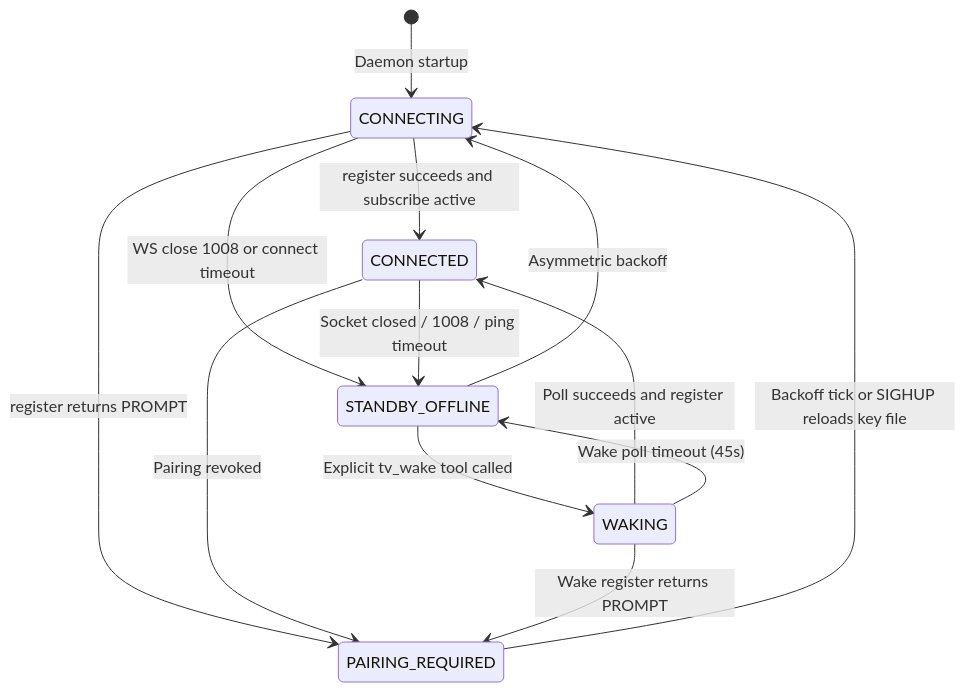
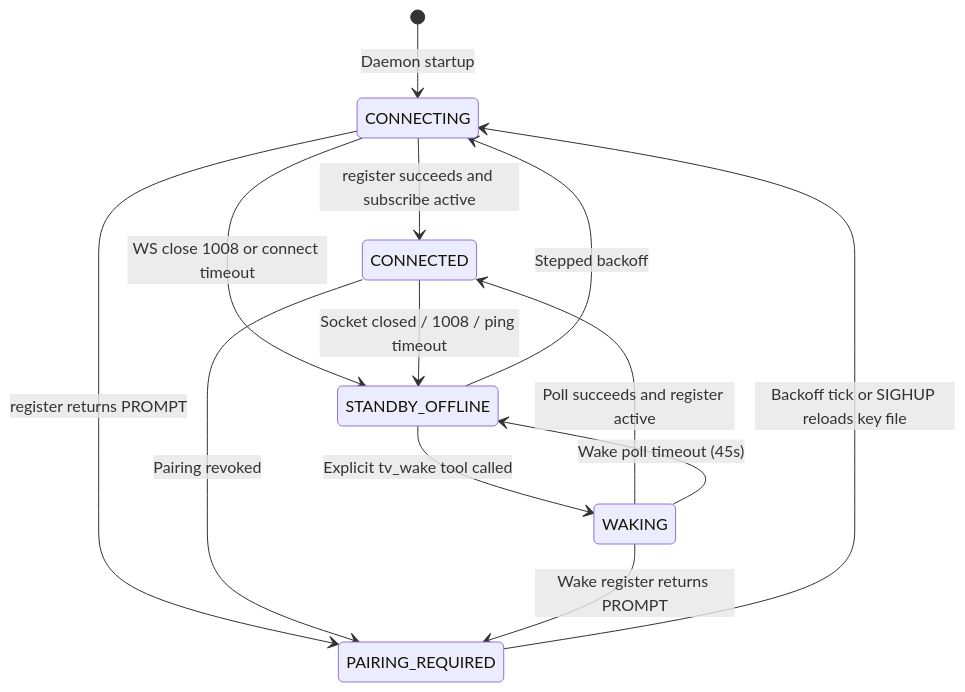
The second of 2 diagrams in docs/designs/lg-smtv-mcp.md (kiskaadee/lg-smtv-mcp), drawn with Mermaid before and after one commit. The commit also changed other lines of this file and 2 other files, not shown here.

````diff
--- a/docs/designs/lg-smtv-mcp.md
+++ b/docs/designs/lg-smtv-mcp.md
@@ -160,15 +160,15 @@
 ```mermaid
 stateDiagram-v2
     [*] --> CONNECTING: Daemon startup
     CONNECTING --> CONNECTED: register succeeds and subscribe active
     CONNECTING --> STANDBY_OFFLINE: WS close 1008 or connect timeout
     CONNECTING --> PAIRING_REQUIRED: register returns PROMPT
     CONNECTED --> STANDBY_OFFLINE: Socket closed / 1008 / ping timeout
     CONNECTED --> PAIRING_REQUIRED: Pairing revoked
     STANDBY_OFFLINE --> WAKING: Explicit tv_wake tool called
-    STANDBY_OFFLINE --> CONNECTING: Asymmetric backoff
+    STANDBY_OFFLINE --> CONNECTING: Stepped backoff
     WAKING --> CONNECTED: Poll succeeds and register active
     WAKING --> PAIRING_REQUIRED: Wake register returns PROMPT
     WAKING --> STANDBY_OFFLINE: Wake poll timeout (45s)
     PAIRING_REQUIRED --> CONNECTING: Backoff tick or SIGHUP reloads key file
 ```
````
